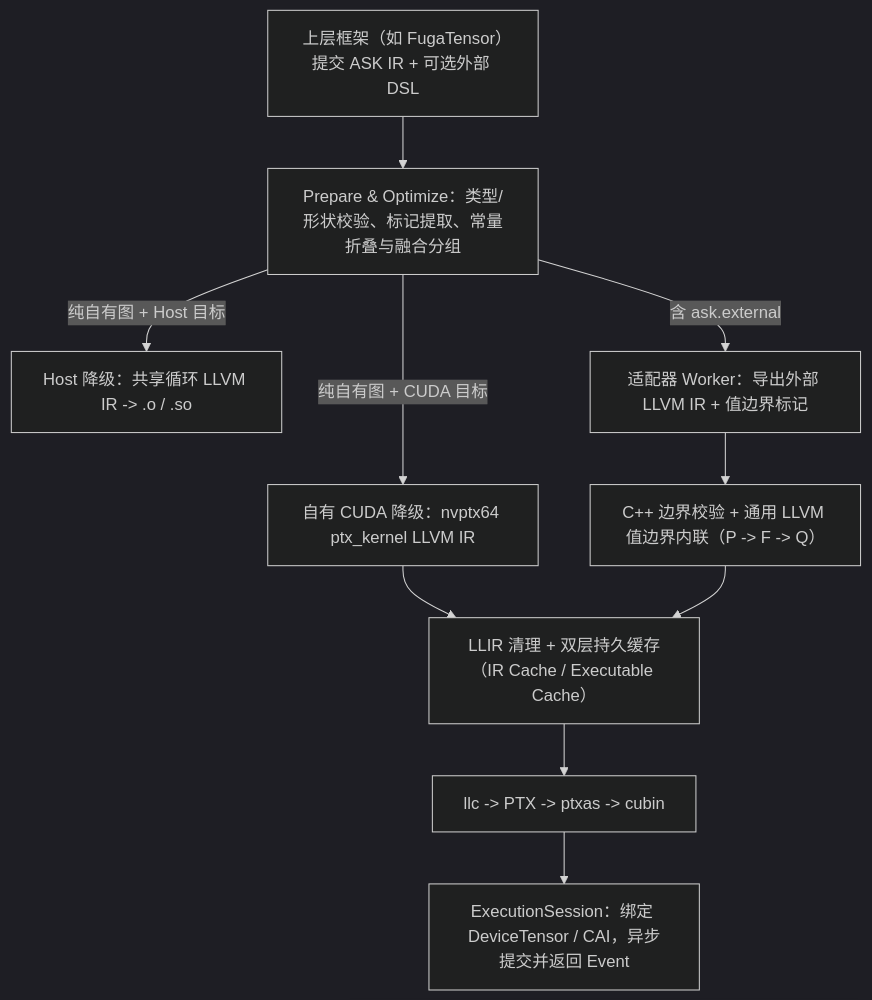
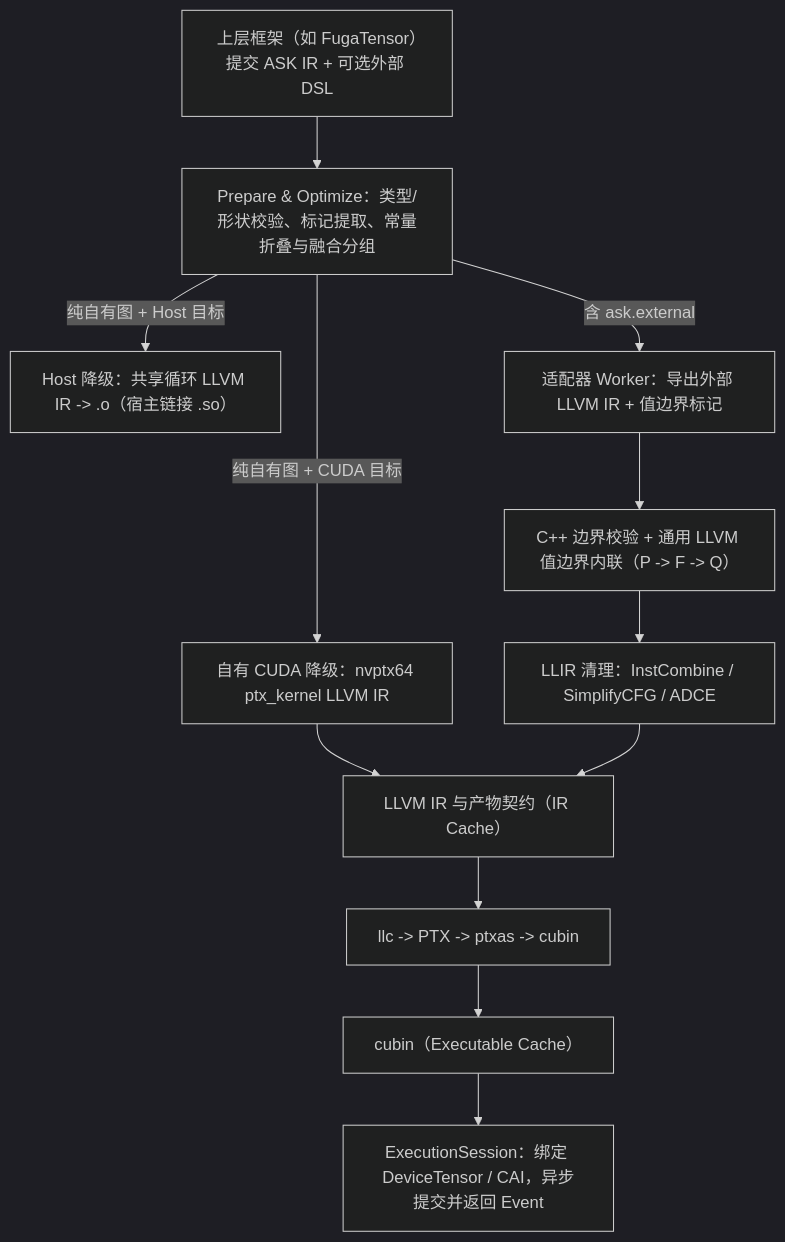
One commit to fugatensor/ask changed the diagram in docs/核心思想.md. Above: the diagram before and after it, drawn with Mermaid (dark theme). The commit also changed other lines of this file and 34 other files, not shown here.

````diff
--- a/docs/核心思想.md
+++ b/docs/核心思想.md
@@ -81,12 +81,14 @@
 ```mermaid
 flowchart TD
     F["上层框架（如 FugaTensor）提交 ASK IR + 可选外部 DSL"] --> P["Prepare & Optimize：类型/形状校验、标记提取、常量折叠与融合分组"]
-    P -->|纯自有图 + Host 目标| H["Host 降级：共享循环 LLVM IR -> .o / .so"]
+    P -->|纯自有图 + Host 目标| H["Host 降级：共享循环 LLVM IR -> .o（宿主链接 .so）"]
     P -->|纯自有图 + CUDA 目标| G["自有 CUDA 降级：nvptx64 ptx_kernel LLVM IR"]
     P -->|含 ask.external| W["适配器 Worker：导出外部 LLVM IR + 值边界标记"]
     W --> I["C++ 边界校验 + 通用 LLVM 值边界内联（P -> F -> Q）"]
-    G --> L["LLIR 清理 + 双层持久缓存（IR Cache / Executable Cache）"]
-    I --> L
+    G --> L["LLVM IR 与产物契约（IR Cache）"]
+    I --> O["LLIR 清理：InstCombine / SimplifyCFG / ADCE"]
+    O --> L
     L --> C["llc -> PTX -> ptxas -> cubin"]
-    C --> R["ExecutionSession：绑定 DeviceTensor / CAI，异步提交并返回 Event"]
+    C --> E["cubin（Executable Cache）"]
+    E --> R["ExecutionSession：绑定 DeviceTensor / CAI，异步提交并返回 Event"]
 ```
````
